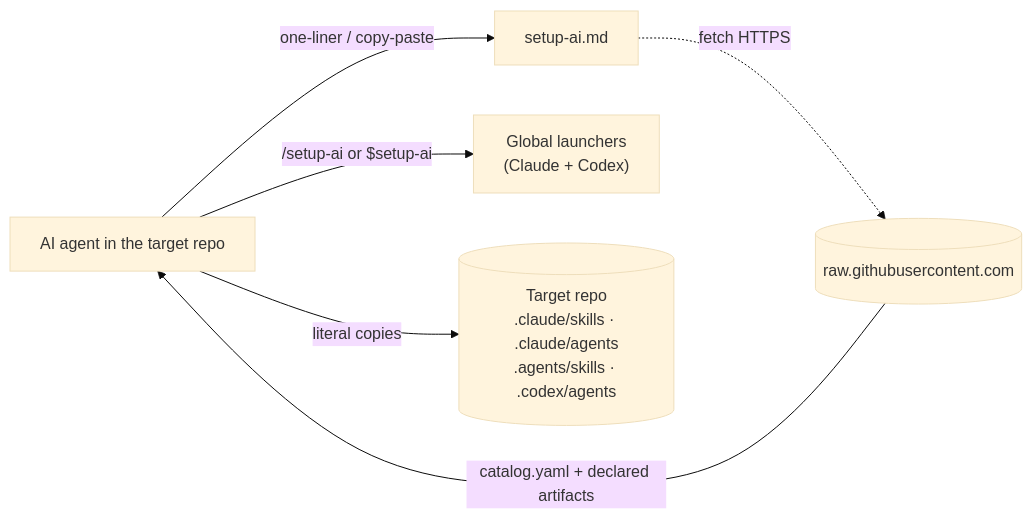
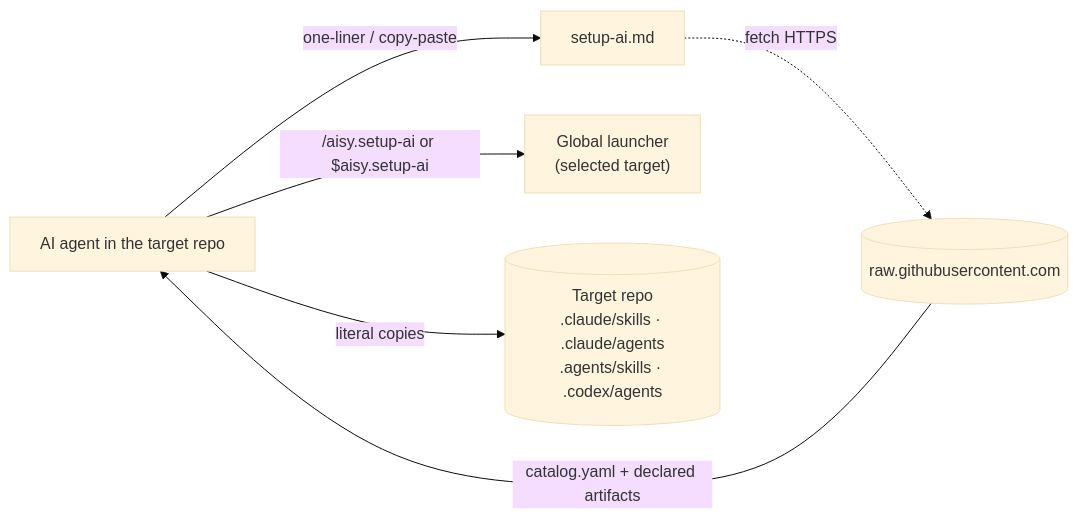
The first of 3 diagrams in specs/tech-spec.md (charlstown/my-aisy-toolkit), drawn with Mermaid (base theme) before and after one commit. The commit also changed other lines of this file and 17 other files, not shown here.

````diff
--- a/specs/tech-spec.md
+++ b/specs/tech-spec.md
@@ -36,8 +36,8 @@
 ```mermaid
 flowchart LR
     U[AI agent in the target repo] -->|"one-liner / copy-paste"| S[setup-ai.md]
-    U -->|"/setup-ai or $setup-ai"| L["Global launchers<br/>(Claude + Codex)"]
+    U -->|"/aisy.setup-ai or $aisy.setup-ai"| L["Global launcher<br/>(selected target)"]
     S -.fetch HTTPS.-> RAW[(raw.githubusercontent.com)]
     RAW -->|catalog.yaml + declared artifacts| U
     U -->|"literal copies"| DEST[(Target repo<br/>.claude/skills · .claude/agents<br/>.agents/skills · .codex/agents)]
 ```
````
